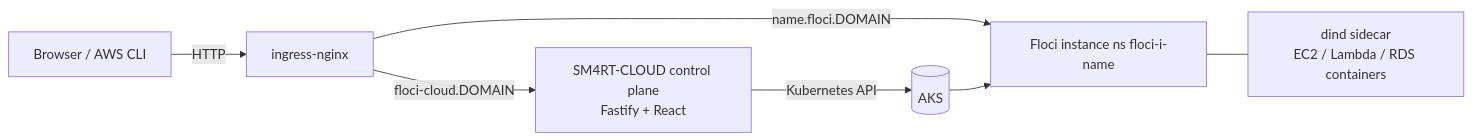
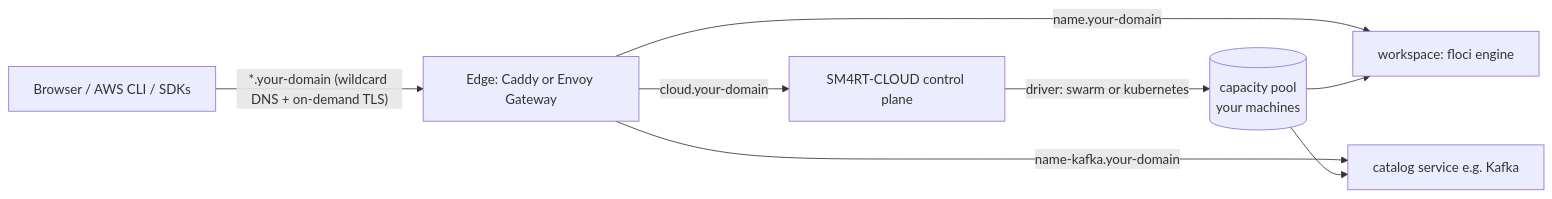
Before and after one commit to mbergo/sm4rt-cloud: the diagram in README.md, drawn with Mermaid. The commit also changed other lines of this file and 5 other files, not shown here.

````diff
--- a/README.md
+++ b/README.md
@@ -12,9 +25,11 @@
 ```mermaid
 flowchart LR
-    U[Browser / AWS CLI] -->|HTTP| I[ingress-nginx]
-    I -->|floci-cloud.DOMAIN| CP[SM4RT-CLOUD control plane\nFastify + React]
-    I -->|name.floci.DOMAIN| F1[Floci instance ns floci-i-name]
-    CP -->|Kubernetes API| K[(AKS)]
-    K --> F1
-    F1 --- D1[dind sidecar\nEC2 / Lambda / RDS containers]
+    U[Browser / AWS CLI / SDKs] -->|"*.your-domain (wildcard DNS + on-demand TLS)"| E[Edge: Caddy or Envoy Gateway]
+    E -->|cloud.your-domain| CP[SM4RT-CLOUD control plane]
+    E -->|name.your-domain| W1[workspace: floci engine]
+    E -->|name-kafka.your-domain| S1[catalog service e.g. Kafka]
+    CP -->|driver: swarm or kubernetes| CAP[(capacity pool
+    your machines)]
+    CAP --> W1
+    CAP --> S1
 ```
````
